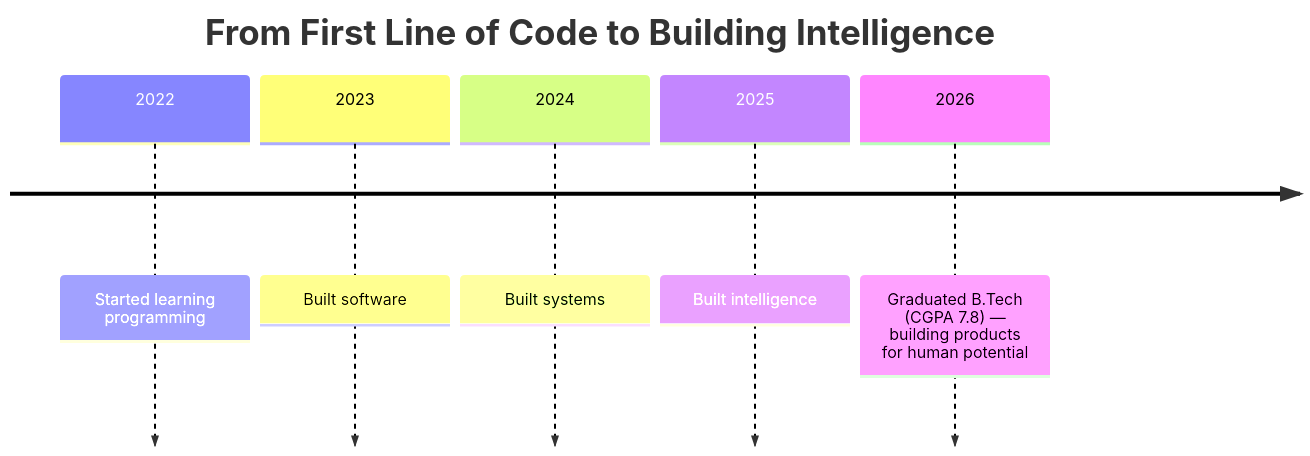
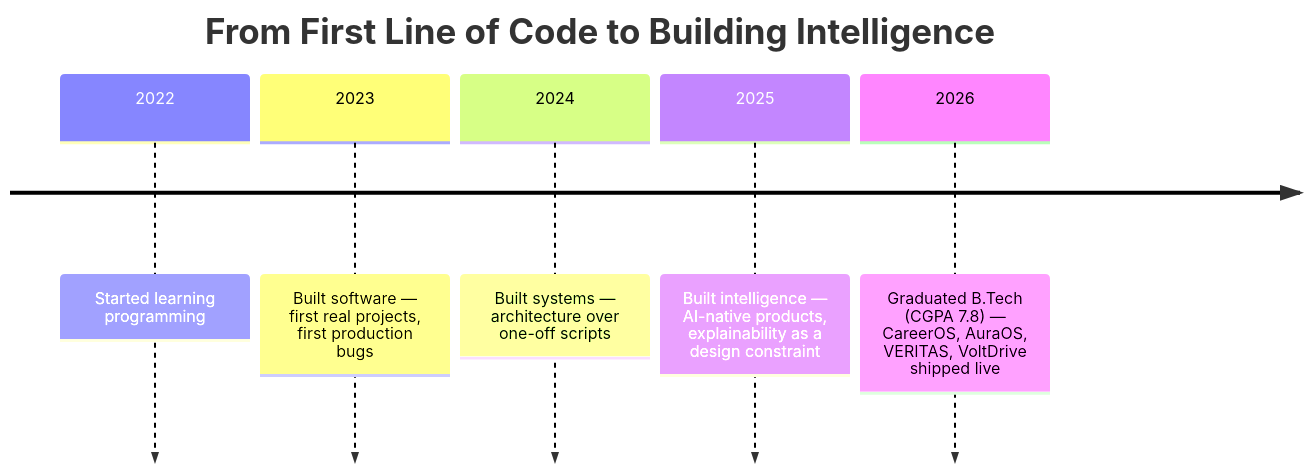
One commit to thenameisbhagavan/thenameisbhagavan changed the third of 3 diagrams in README.md. Above: the diagram before and after it, drawn with Mermaid. The commit also changed other lines of this file, not shown here.

````diff
--- a/README.md
+++ b/README.md
@@ -242,9 +343,9 @@
 ```mermaid
 timeline
     title From First Line of Code to Building Intelligence
     2022 : Started learning programming
-    2023 : Built software
-    2024 : Built systems
-    2025 : Built intelligence
-    2026 : Graduated B.Tech (CGPA 7.8) — building products for human potential
+    2023 : Built software — first real projects, first production bugs
+    2024 : Built systems — architecture over one-off scripts
+    2025 : Built intelligence — AI-native products, explainability as a design constraint
+    2026 : Graduated B.Tech (CGPA 7.8) — CareerOS, AuraOS, VERITAS, VoltDrive shipped live
 ```
````
